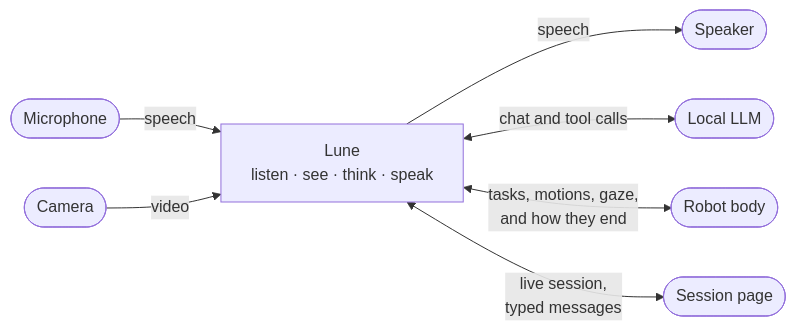
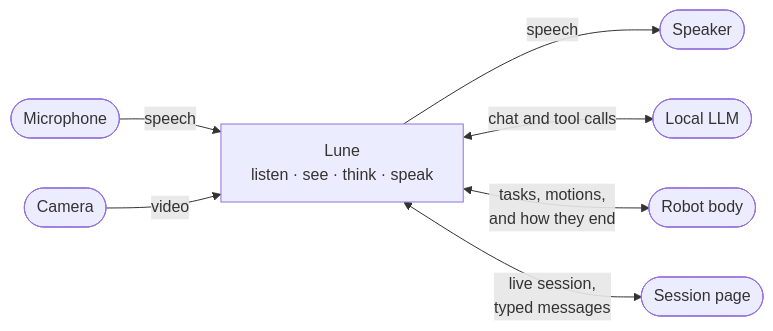
The diagram in README.md (lokiledev/robot-voice-agent), drawn with Mermaid before and after one commit. The commit also changed other lines of this file and 26 other files, not shown here.

````diff
--- a/README.md
+++ b/README.md
@@ -39,9 +39,9 @@
 ```mermaid
 flowchart LR
     mic([Microphone]) -- speech --> lune
     cam([Camera]) -- video --> lune
     lune["Lune<br/>listen · see · think · speak"] -- speech --> spk([Speaker])
     lune <-- "chat and tool calls" --> llm([Local LLM])
-    lune <-- "tasks, motions, gaze,<br/>and how they end" --> body([Robot body])
+    lune <-- "tasks, motions,<br/>and how they end" --> body([Robot body])
     lune <-- "live session,<br/>typed messages" --> page([Session page])
 ```
````
